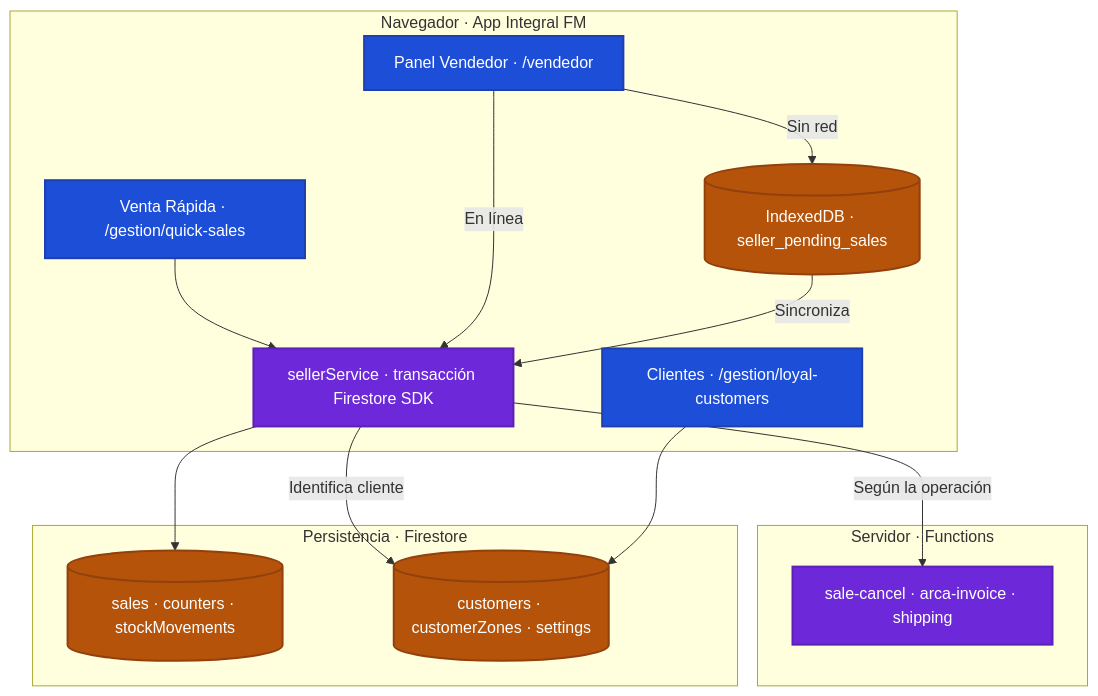
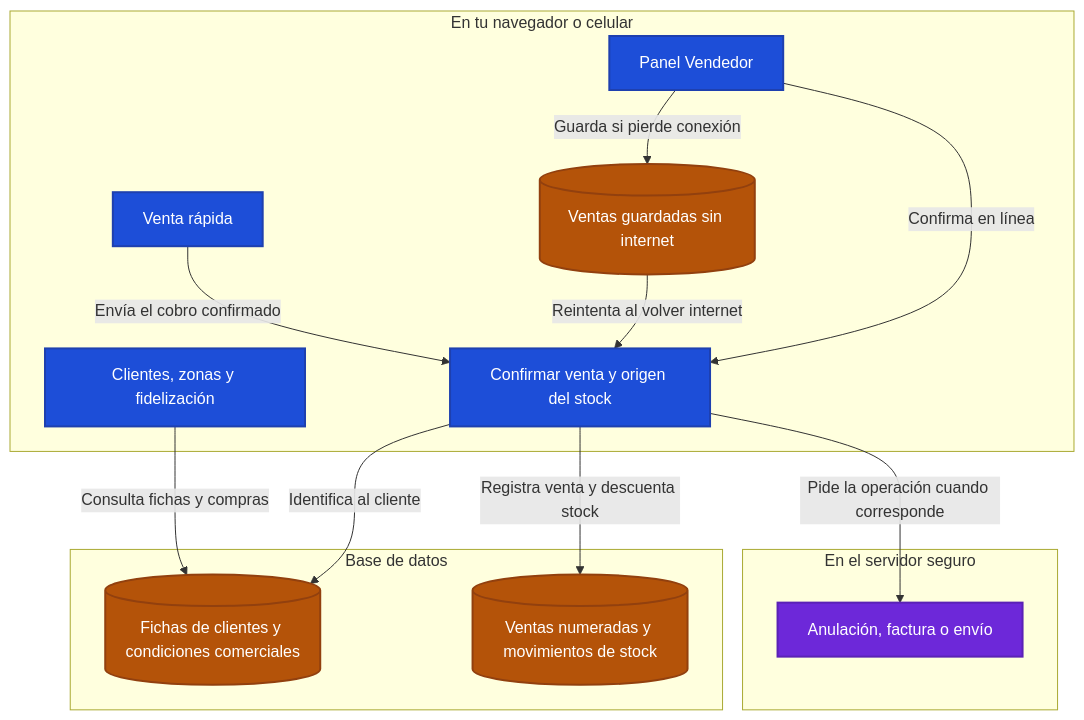
The diagram in docs/diagrams/mmd/02-d2-ventas-pos-crm.mmd (AgustinBazanUB/App-Integral-FM), drawn with Mermaid before and after one commit. The commit also changed 24 other files, not shown here.

```diff
--- a/docs/diagrams/mmd/02-d2-ventas-pos-crm.mmd
+++ b/docs/diagrams/mmd/02-d2-ventas-pos-crm.mmd
@@ -1,34 +1,32 @@
 flowchart TB
-    %% Flujo del macro-dominio verificado contra el corte d0f1225.
-    subgraph navegador["Navegador · App Integral FM"]
-        rapido["Venta Rápida · /gestion/quick-sales"]:::integral
-        vendedor["Panel Vendedor · /vendedor"]:::integral
-        offline[("IndexedDB · seller_pending_sales")]:::db
-        ventasService["sellerService · transacción Firestore SDK"]:::shared
-        crm["Clientes · /gestion/loyal-customers"]:::integral
+    %% La cola del dispositivo conserva ventas hasta volver a estar en línea.
+    subgraph navegador["En tu navegador o celular"]
+        rapida["Venta rápida"]:::integral
+        memoria[("Ventas guardadas sin internet")]:::db
+        confirmar["Confirmar venta y origen del stock"]:::integral
+        fidelidad["Clientes, zonas y fidelización"]:::integral
+        panel["Panel Vendedor"]:::integral
     end
-
-    subgraph servidor["Servidor · Functions"]
-        funciones["sale-cancel · arca-invoice · shipping"]:::shared
+    subgraph servidor["En el servidor seguro"]
+        acciones["Anulación, factura o envío"]:::shared
     end
-
-    subgraph persistencia["Persistencia · Firestore"]
-        venta[("sales · counters · stockMovements")]:::db
-        clientes[("customers · customerZones · settings")]:::db
+    subgraph datos["Base de datos"]
+        clientes[("Fichas de clientes y condiciones comerciales")]:::db
+        ventas[("Ventas numeradas y movimientos de stock")]:::db
     end
-
-    rapido --> ventasService
-    vendedor -->|En línea| ventasService
-    vendedor -->|Sin red| offline -->|Sincroniza| ventasService
-    ventasService --> venta
-    ventasService -->|Según la operación| funciones
-    ventasService -->|Identifica cliente| clientes
-    crm --> clientes
+    rapida -->|"Envía el cobro confirmado"| confirmar
+    fidelidad -->|"Consulta fichas y compras"| clientes
+    confirmar -->|"Identifica al cliente"| clientes
+    confirmar -->|"Pide la operación cuando corresponde"| acciones
+    panel -->|"Guarda si pierde conexión"| memoria
+    memoria -->|"Reintenta al volver internet"| confirmar
+    confirmar -->|"Registra venta y descuenta stock"| ventas
+    panel -->|"Confirma en línea"| confirmar
 
     classDef actor fill:#1E293B,stroke:#64748B,color:#FFFFFF,stroke-width:2px
     classDef integral fill:#1D4ED8,stroke:#1E40AF,color:#FFFFFF,stroke-width:2px
     classDef ecommerce fill:#047857,stroke:#065F46,color:#FFFFFF,stroke-width:2px
     classDef shared fill:#6D28D9,stroke:#5B21B6,color:#FFFFFF,stroke-width:2px
     classDef db fill:#B45309,stroke:#92400E,color:#FFFFFF,stroke-width:2px
     classDef external fill:#475569,stroke:#334155,color:#FFFFFF,stroke-width:2px,stroke-dasharray:5 4
     classDef debt fill:#B91C1C,stroke:#7F1D1D,color:#FFFFFF,stroke-width:2px,stroke-dasharray:5 4
```
